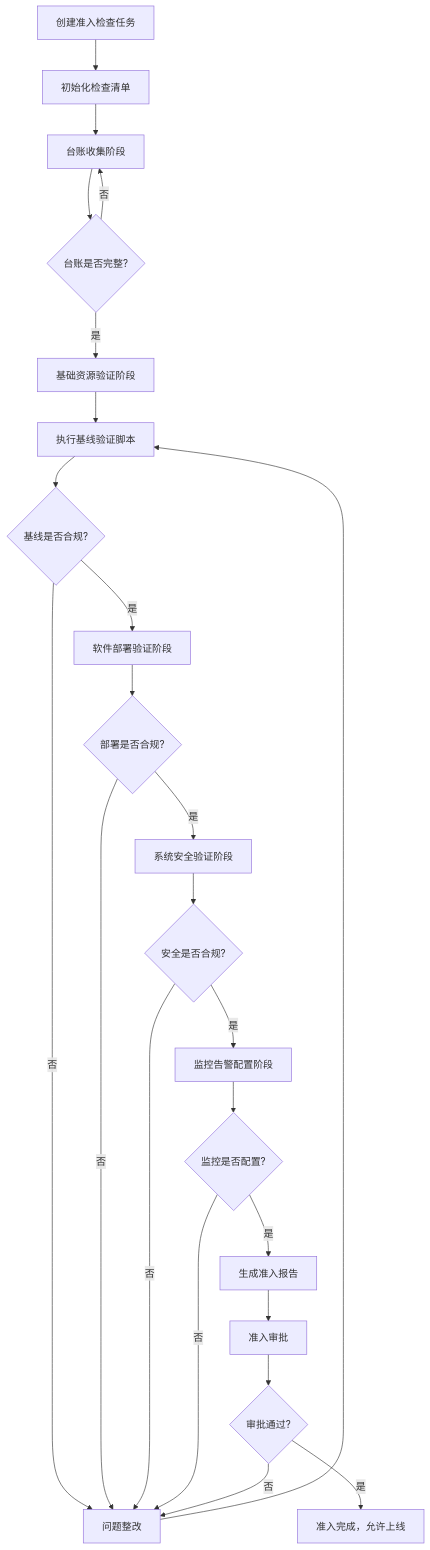
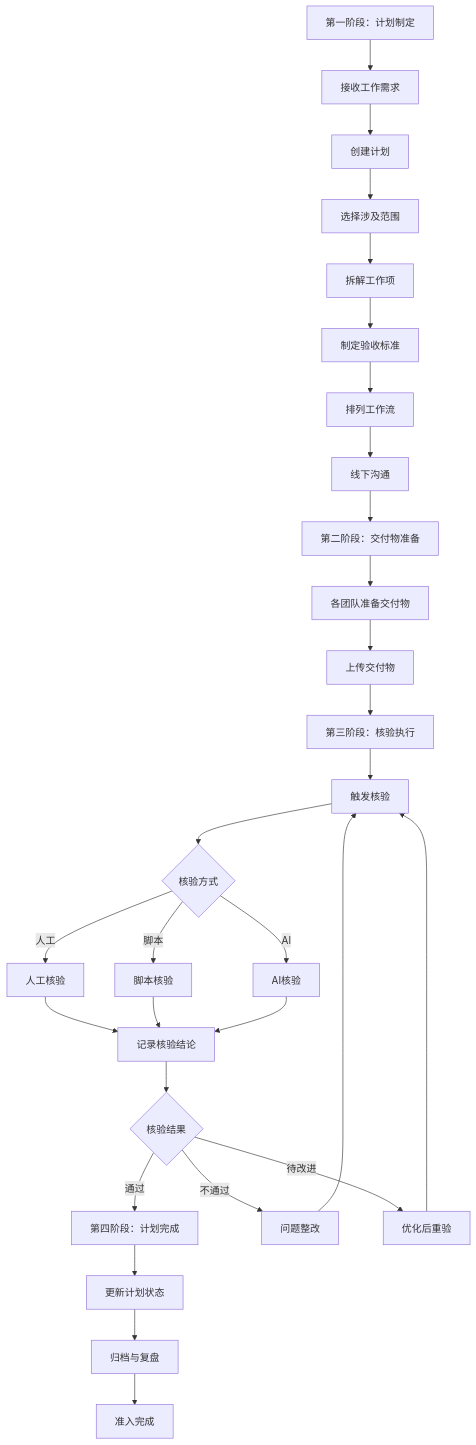
One commit to vickiechen1128/CRTAssistant_demo changed the first of 17 diagrams in docs/workflow/business-flow.md. Above: the diagram before and after it, drawn with Mermaid. The commit also changed other lines of this file and 19 other files, not shown here.

````diff
--- a/docs/workflow/business-flow.md
+++ b/docs/workflow/business-flow.md
@@ -11,26 +12,31 @@
 ```mermaid
 flowchart TD
-    A[创建准入检查任务] --> B[初始化检查清单]
-    B --> C[台账收集阶段]
-    C --> D{台账是否完整?}
-    D -->|否| C
-    D -->|是| E[基础资源验证阶段]
-    E --> F[执行基线验证脚本]
-    F --> G{基线是否合规?}
-    G -->|否| H[问题整改]
-    H --> F
-    G -->|是| I[软件部署验证阶段]
-    I --> J{部署是否合规?}
-    J -->|否| H
-    J -->|是| K[系统安全验证阶段]
-    K --> L{安全是否合规?}
-    L -->|否| H
-    L -->|是| M[监控告警配置阶段]
-    M --> N{监控是否配置?}
-    N -->|否| H
-    N -->|是| O[生成准入报告]
-    O --> P[准入审批]
-    P --> Q{审批通过?}
-    Q -->|否| H
-    Q -->|是| R[准入完成，允许上线]
+    A[第一阶段：计划制定] --> A1[接收工作需求]
+    A1 --> A2[创建计划]
+    A2 --> A3[选择涉及范围]
+    A3 --> A4[拆解工作项]
+    A4 --> A5[制定验收标准]
+    A5 --> A6[排列工作流]
+    A6 --> A7[线下沟通]
+    A7 --> B
+    B[第二阶段：交付物准备] --> B1[各团队准备交付物]
+    B1 --> B2[上传交付物]
+    B2 --> C
+    C[第三阶段：核验执行] --> C1[触发核验]
+    C1 --> C2{核验方式}
+    C2 -->|人工| C3[人工核验]
+    C2 -->|脚本| C4[脚本核验]
+    C2 -->|AI| C5[AI核验]
+    C3 --> C6[记录核验结论]
+    C4 --> C6
+    C5 --> C6
+    C6 --> C7{核验结果}
+    C7 -->|通过| D
+    C7 -->|不通过| C8[问题整改]
+    C7 -->|待改进| C9[优化后重验]
+    C8 --> C1
+    C9 --> C1
+    D[第四阶段：计划完成] --> D1[更新计划状态]
+    D1 --> D2[归档与复盘]
+    D2 --> D3[准入完成]
 ```
````
